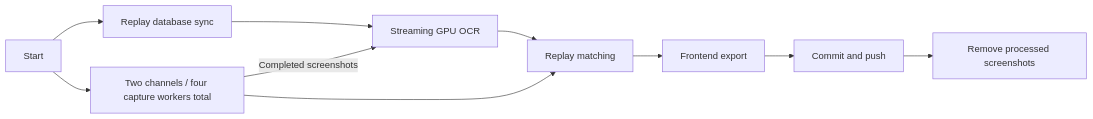
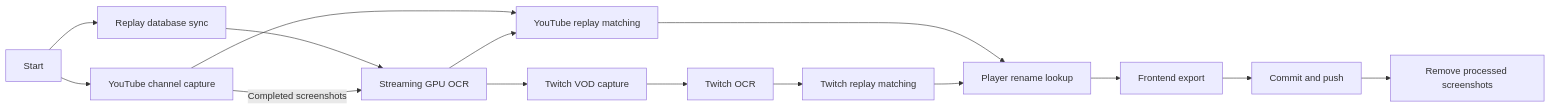
The diagram in README.md (csirikak/BAR-Youtube-Finder), drawn with Mermaid before and after one commit. The commit also changed other lines of this file and 22 other files, not shown here.

````diff
--- a/README.md
+++ b/README.md
@@ -126,12 +194,17 @@
 ```mermaid
 flowchart LR
     Start --> Sync[Replay database sync]
-    Start --> Capture[Two channels / four capture workers total]
+    Start --> Capture[YouTube channel capture]
     Sync --> OCR[Streaming GPU OCR]
     Capture -->|Completed screenshots| OCR
-    Capture --> Match[Replay matching]
+    Capture --> Match[YouTube replay matching]
     OCR --> Match
-    Match --> Export[Frontend export]
+    OCR --> TwitchCapture[Twitch VOD capture]
+    TwitchCapture --> TwitchOCR[Twitch OCR]
+    TwitchOCR --> TwitchMatch[Twitch replay matching]
+    Match --> Renames[Player rename lookup]
+    TwitchMatch --> Renames
+    Renames --> Export[Frontend export]
     Export --> Publish[Commit and push]
     Publish --> Cleanup[Remove processed screenshots]
 ```
````
